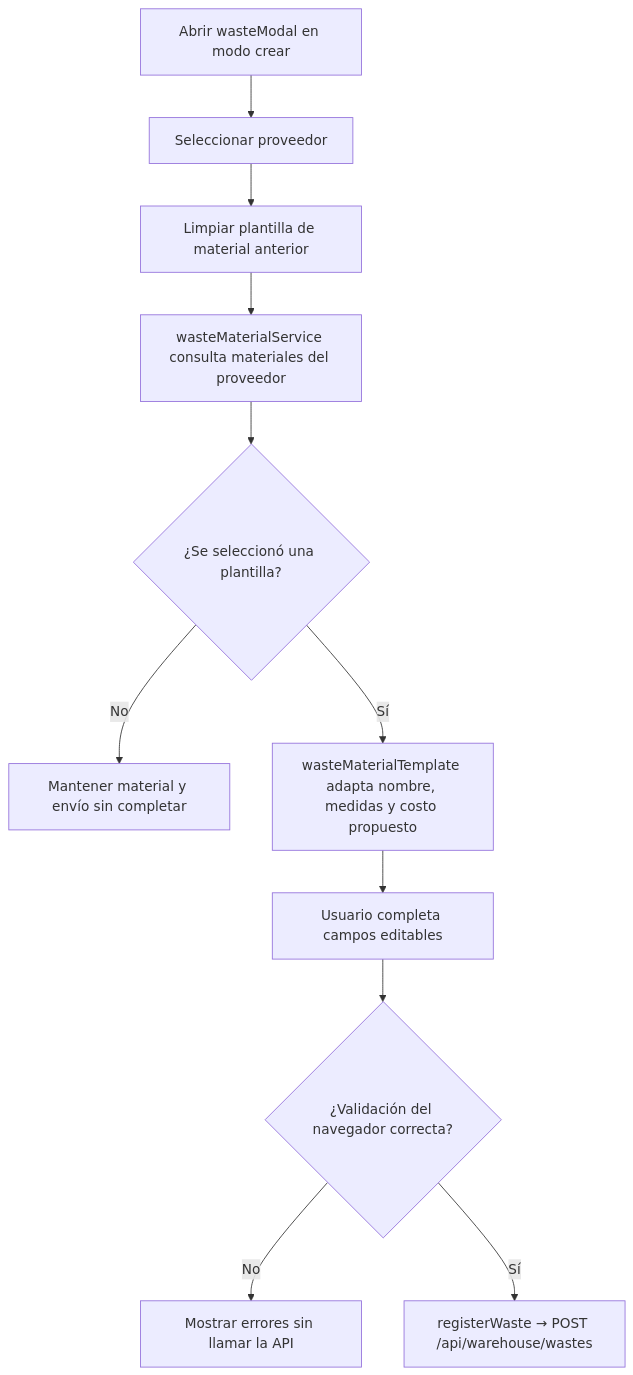
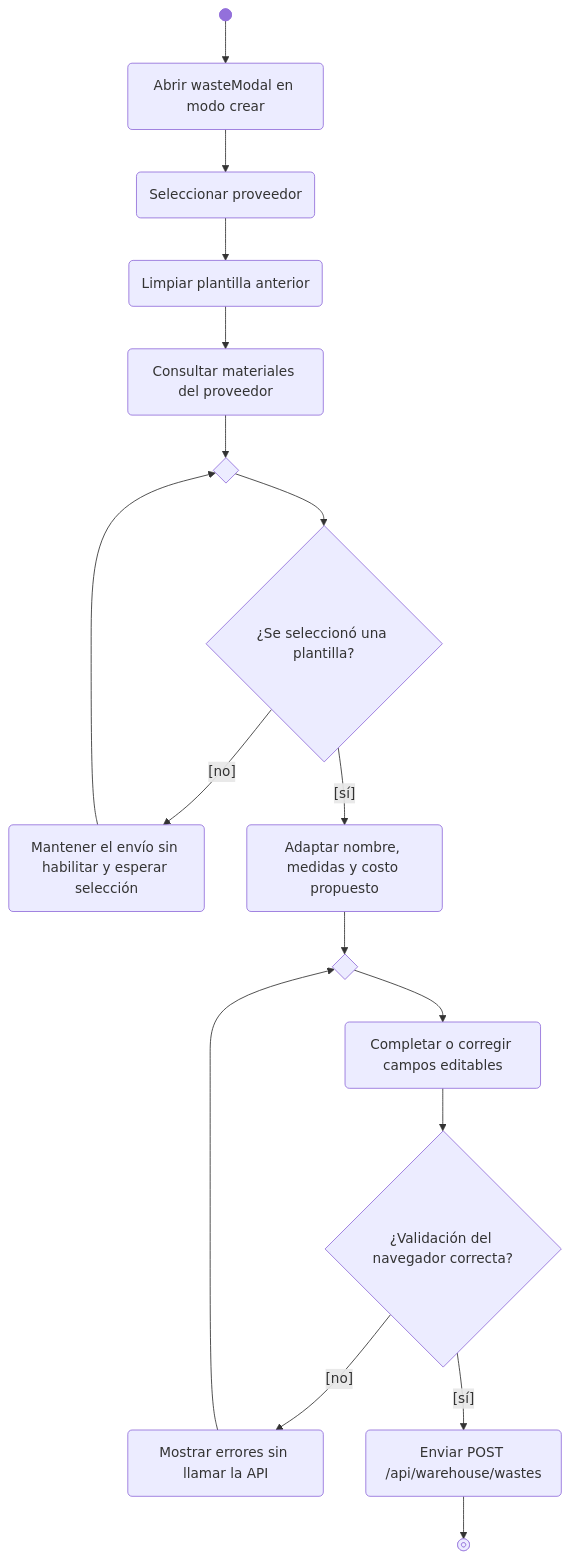
Before and after one commit to gpgsistemas01/nexus: the second of 4 diagrams in docs/architecture/views/development/frontend-technical-documentation/02-views-technical-applied-by-flow-frontend.md, drawn with Mermaid. The commit also changed other lines of this file and 20 other files, not shown here.

Commit message:
docs: corregir relaciones ER y notación UML de diagramas

````diff
--- a/docs/architecture/views/development/frontend-technical-documentation/02-views-technical-applied-by-flow-frontend.md
+++ b/docs/architecture/views/development/frontend-technical-documentation/02-views-technical-applied-by-flow-frontend.md
@@ -38,13 +41,19 @@
 ```mermaid
 flowchart TB
-    open["Abrir wasteModal en modo crear"] --> supplier["Seleccionar proveedor"]
-    supplier --> clear["Limpiar plantilla de material anterior"]
-    clear --> load["wasteMaterialService consulta materiales del proveedor"]
-    load --> choose{"¿Se seleccionó una plantilla?"}
-    choose -->|No| blocked["Mantener material y envío sin completar"]
-    choose -->|Sí| map["wasteMaterialTemplate adapta nombre, medidas y costo propuesto"]
-    map --> editable["Usuario completa campos editables"]
+    initial@{ shape: f-circ } --> open("Abrir wasteModal en modo crear")
+    open --> supplier("Seleccionar proveedor")
+    supplier --> clear("Limpiar plantilla anterior")
+    clear --> load("Consultar materiales del proveedor")
+    load --> mergeTemplate{" "}
+    mergeTemplate --> choose{"¿Se seleccionó una plantilla?"}
+    choose -->|"[no]"| blocked("Mantener el envío sin habilitar y esperar selección")
+    blocked --> mergeTemplate
+    choose -->|"[sí]"| map("Adaptar nombre, medidas y costo propuesto")
+    map --> mergeEdit{" "}
+    mergeEdit --> editable("Completar o corregir campos editables")
     editable --> validate{"¿Validación del navegador correcta?"}
-    validate -->|No| errors["Mostrar errores sin llamar la API"]
-    validate -->|Sí| register["registerWaste → POST /api/warehouse/wastes"]
+    validate -->|"[no]"| errors("Mostrar errores sin llamar la API")
+    errors --> mergeEdit
+    validate -->|"[sí]"| register("Enviar POST /api/warehouse/wastes")
+    register --> final@{ shape: fr-circ }
 ```
````
